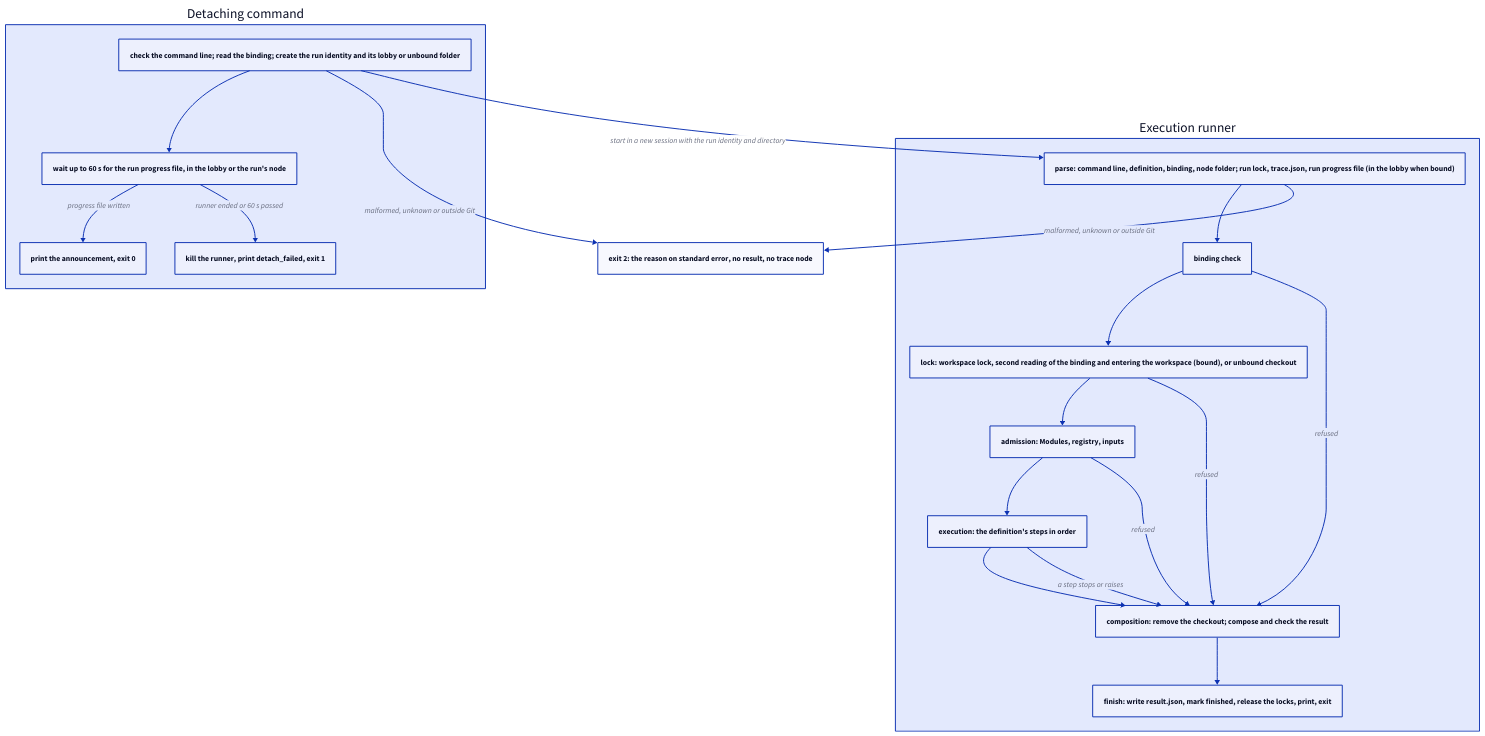
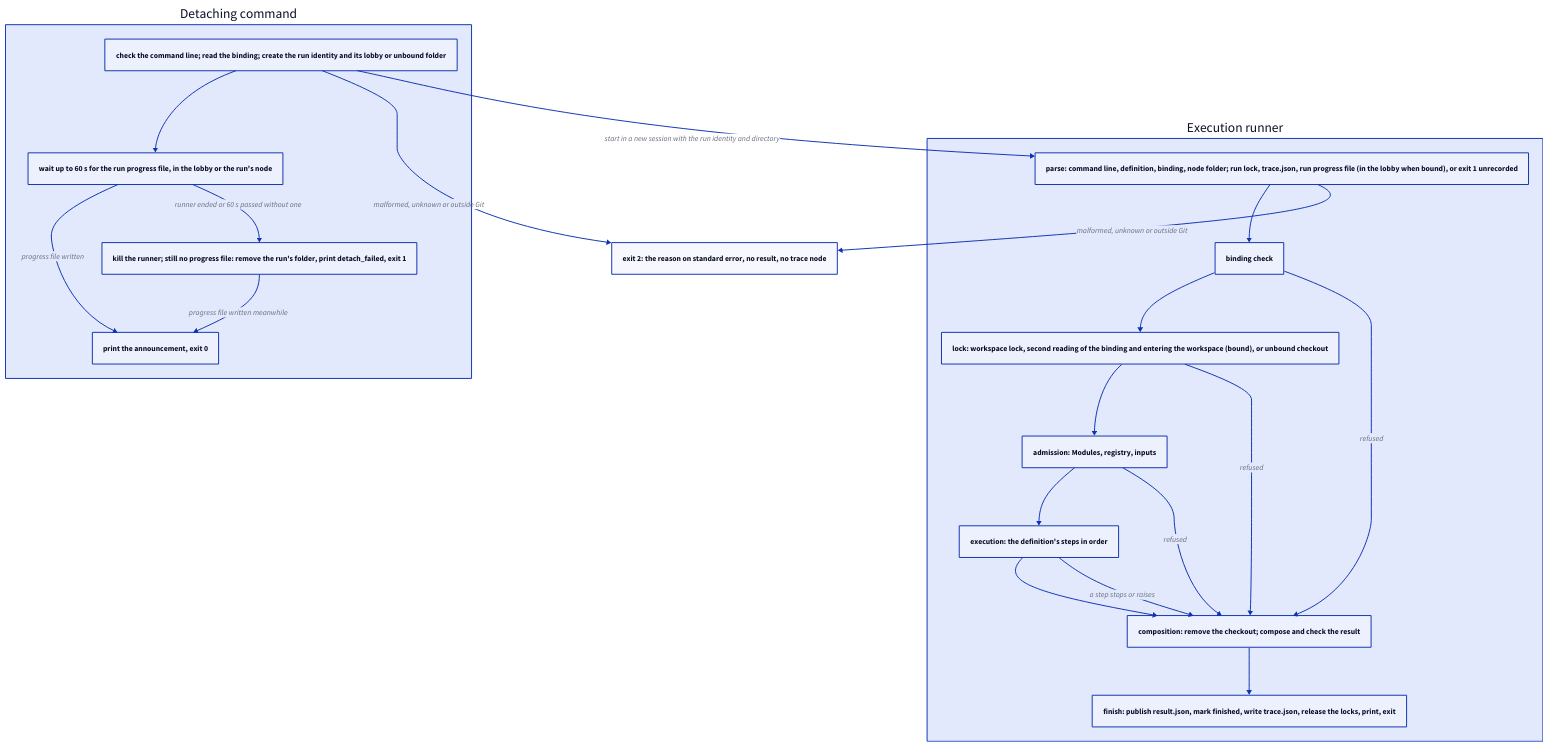
The diagram in specs/concorde/execution/runner.md (FTOD/concorde), drawn with D2 before and after one commit. The commit also changed other lines of this file and 13 other files, not shown here.

````diff
--- a/specs/concorde/execution/runner.md
+++ b/specs/concorde/execution/runner.md
@@ -128,30 +128,31 @@
 ```d2 illustrative
 direction: down
 exit2: "exit 2: the reason on standard error, no result, no trace node"
 launcher: "Detaching command" {
   check: "check the command line; read the binding; create the run identity and its lobby or unbound folder"
   wait: "wait up to 60 s for the run progress file, in the lobby or the run's node"
   announce: "print the announcement, exit 0"
-  kill: "kill the runner, print detach_failed, exit 1"
+  kill: "kill the runner; still no progress file: remove the run's folder, print detach_failed, exit 1"
   check -> wait
   wait -> announce: progress file written
-  wait -> kill: runner ended or 60 s passed
+  wait -> kill: runner ended or 60 s passed without one
+  kill -> announce: progress file written meanwhile
 }
 runner: "Execution runner" {
-  parse: "parse: command line, definition, binding, node folder; run lock, trace.json, run progress file (in the lobby when bound)"
+  parse: "parse: command line, definition, binding, node folder; run lock, trace.json, run progress file (in the lobby when bound), or exit 1 unrecorded"
   binding: "binding check"
   lock: "lock: workspace lock, second reading of the binding and entering the workspace (bound), or unbound checkout"
   admission: "admission: Modules, registry, inputs"
   execution: "execution: the definition's steps in order"
   composition: "composition: remove the checkout; compose and check the result"
-  finish: "finish: write result.json, mark finished, release the locks, print, exit"
+  finish: "finish: publish result.json, mark finished, write trace.json, release the locks, print, exit"
   parse -> binding -> lock -> admission -> execution -> composition -> finish
   binding -> composition: refused
   lock -> composition: refused
   admission -> composition: refused
   execution -> composition: a step stops or raises
 }
 runner.parse -> exit2: malformed, unknown or outside Git
 launcher.check -> exit2: malformed, unknown or outside Git
 launcher.check -> runner.parse: start in a new session with the run identity and directory
 ```
````
